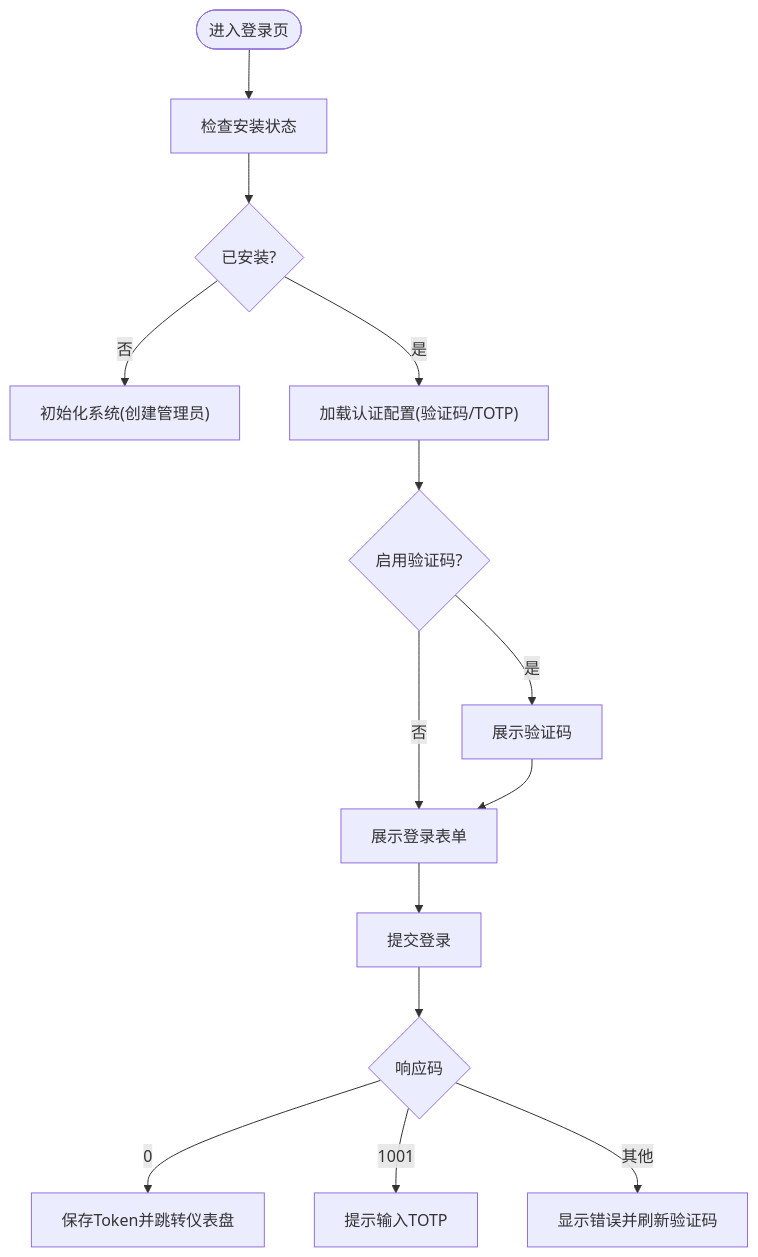
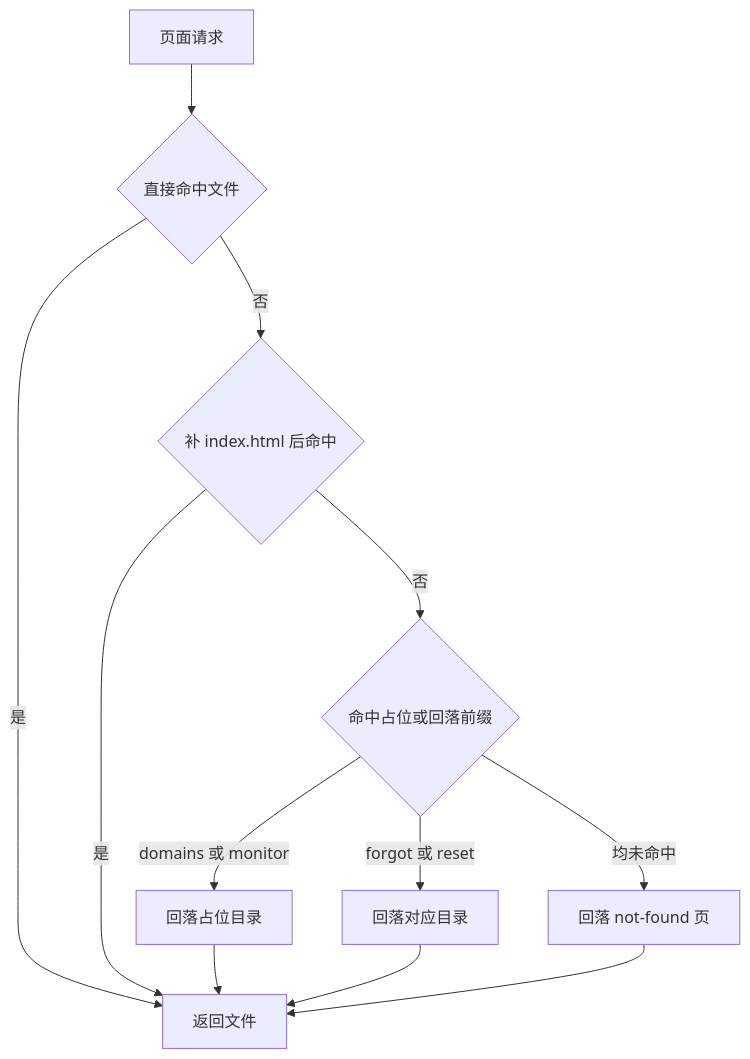
Before and after one commit to x01n/dnsplane: the fourth of 5 diagrams in docs/系统架构/前端架构.md, drawn with Mermaid. The commit also changed other lines of this file and 326 other files, not shown here.

````diff
--- a/docs/系统架构/前端架构.md
+++ b/docs/系统架构/前端架构.md
@@ -164,16 +465,14 @@
 ```mermaid
 flowchart TD
-Start(["进入登录页"]) --> CheckInstall["检查安装状态"]
-CheckInstall --> Installed{"已安装?"}
-Installed --> |否| Init["初始化系统(创建管理员)"]
-Installed --> |是| LoadCfg["加载认证配置(验证码/TOTP)"]
-LoadCfg --> NeedCaptcha{"启用验证码?"}
-NeedCaptcha --> |是| ShowCaptcha["展示验证码"]
-NeedCaptcha --> |否| LoginForm["展示登录表单"]
-ShowCaptcha --> LoginForm
-LoginForm --> Submit["提交登录"]
-Submit --> Resp{"响应码"}
-Resp --> |0| Success["保存Token并跳转仪表盘"]
-Resp --> |1001| TOTP["提示输入TOTP"]
-Resp --> |其他| Error["显示错误并刷新验证码"]
+  A["页面请求"] --> B{"直接命中文件"}
+  B -->|是| R["返回文件"]
+  B -->|否| C{"补 index.html 后命中"}
+  C -->|是| R
+  C -->|否| D{"命中占位或回落前缀"}
+  D -->|domains 或 monitor| E["回落占位目录"]
+  D -->|forgot 或 reset| F["回落对应目录"]
+  D -->|均未命中| G["回落 not-found 页"]
+  E --> R
+  F --> R
+  G --> R
 ```
````
